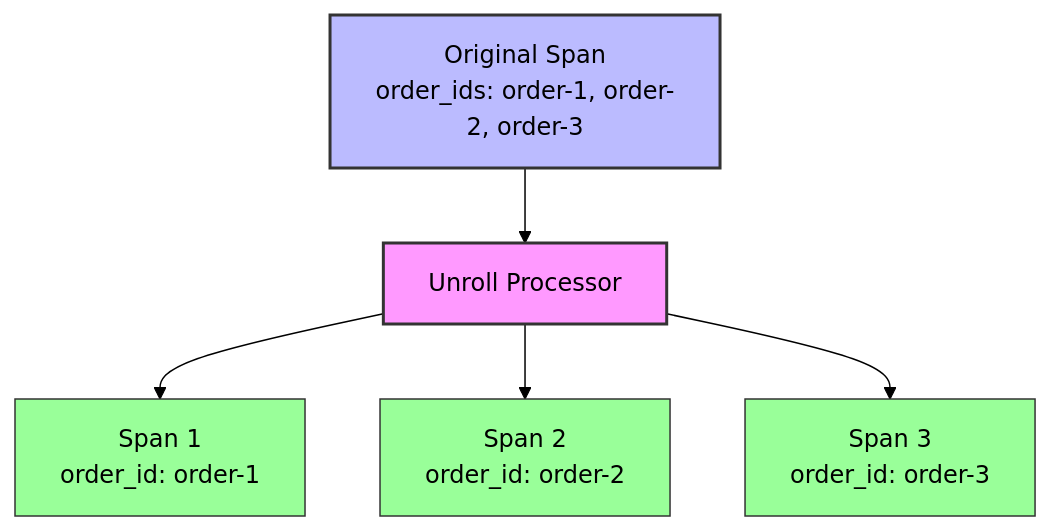
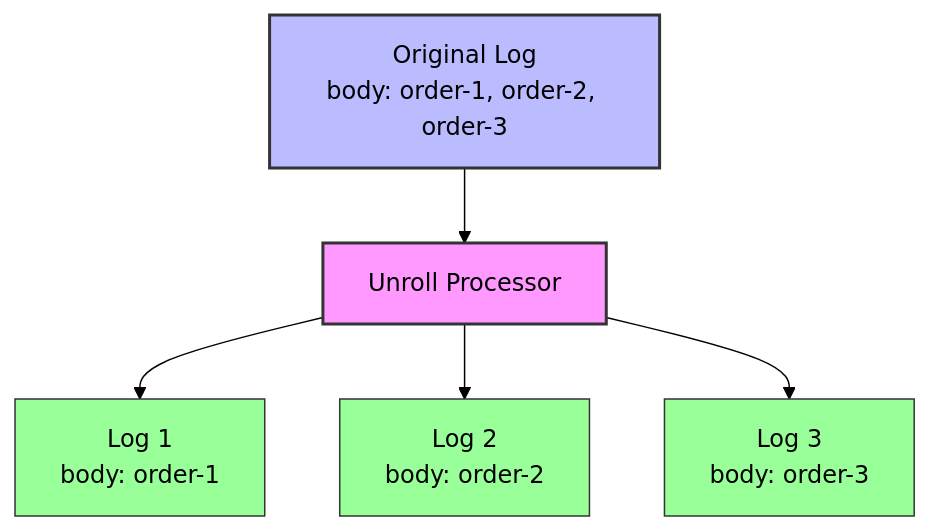
The diagram in posts/2026-02-06-unroll-processor-opentelemetry-collector/README.md (OneUptime/blog), drawn with Mermaid (forest theme) before and after one commit. The commit also changed other lines of this file and 2 other files, not shown here.

Commit message:
validate: 2026-02-06-unroll-processor-opentelemetry-collector

````diff
--- a/posts/2026-02-06-unroll-processor-opentelemetry-collector/README.md
+++ b/posts/2026-02-06-unroll-processor-opentelemetry-collector/README.md
@@ -17,13 +17,13 @@
 ```mermaid
 graph TD
-    A[Original Span<br/>order_ids: order-1, order-2, order-3] --> B[Unroll Processor]
-    B --> C[Span 1<br/>order_id: order-1]
-    B --> D[Span 2<br/>order_id: order-2]
-    B --> E[Span 3<br/>order_id: order-3]
+    A[Original Log<br/>body: order-1, order-2, order-3] --> B[Unroll Processor]
+    B --> C[Log 1<br/>body: order-1]
+    B --> D[Log 2<br/>body: order-2]
+    B --> E[Log 3<br/>body: order-3]
 
     style A fill:#bbf,stroke:#333,stroke-width:2px
     style B fill:#f9f,stroke:#333,stroke-width:2px
     style C fill:#9f9,stroke:#333,stroke-width:1px
     style D fill:#9f9,stroke:#333,stroke-width:1px
     style E fill:#9f9,stroke:#333,stroke-width:1px
 ```
````
